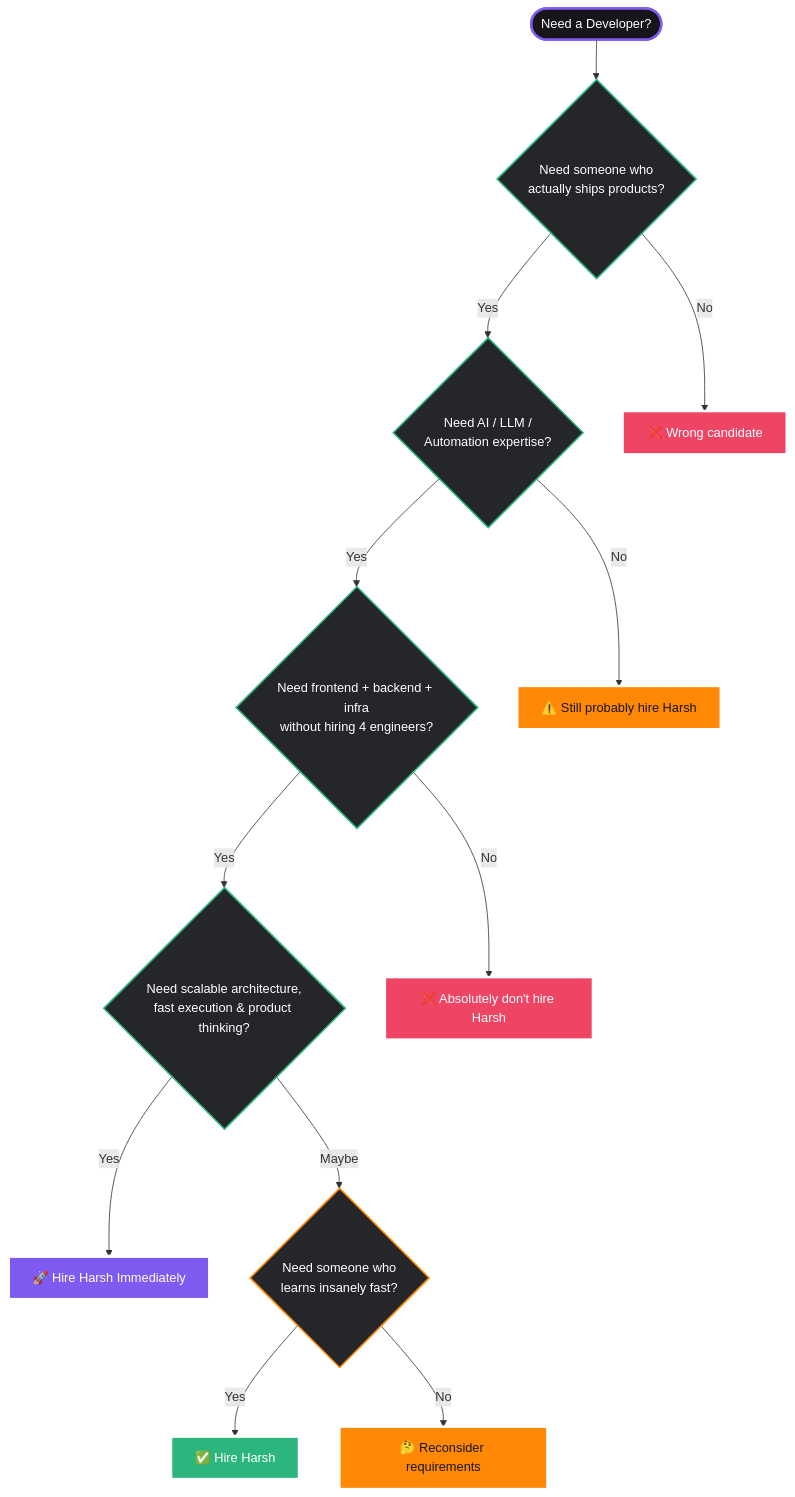
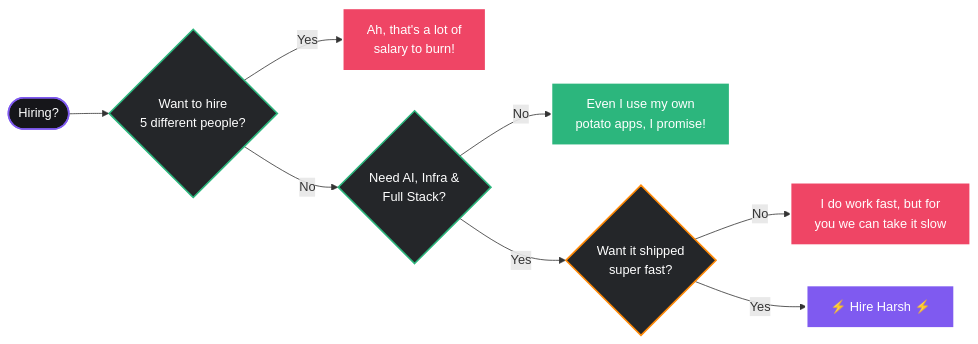
One commit to hashcodes7/hashcodes7 changed the diagram in README.md. Above: the diagram before and after it, drawn with Mermaid. The commit also changed other lines of this file and 2 other files, not shown here.

````diff
--- a/README.md
+++ b/README.md
@@ -109,35 +172,20 @@
 ```mermaid
-flowchart TD
+flowchart LR
 
-    A([Need a Developer?]) --> B{Need someone who<br/>actually ships products?}
+    A([Hiring?]) --> B{Want to hire<br/>5 different people?}
+    B -->|Yes| C[Ah, that's a lot of<br/>salary to burn!]
+    B -->|No| D{Need AI, Infra &<br/>Full Stack?}
+    D -->|No| E[Even I use my own<br/>potato apps, I promise!]
+    D -->|Yes| F{Want it shipped<br/>super fast?}
+    F -->|No| G[I do work fast, but for<br/>you we can take it slow]
+    F -->|Yes| H[⚡ Hire Harsh ⚡]
 
-    B -->|Yes| C{Need AI / LLM /<br/>Automation expertise?}
-    B -->|No| Z[❌ Wrong candidate]
-
-    C -->|Yes| D{Need frontend + backend + infra<br/>without hiring 4 engineers?}
-    C -->|No| Y[⚠️ Still probably hire Harsh]
-
-    D -->|Yes| E{Need scalable architecture,<br/>fast execution & product thinking?}
-    D -->|No| X[❌ Absolutely don't hire Harsh]
-
-    E -->|Yes| F[🚀 Hire Harsh Immediately]
-    E -->|Maybe| G{Need someone who<br/>learns insanely fast?}
-
-    G -->|Yes| H[✅ Hire Harsh]
-    G -->|No| W[🤔 Reconsider requirements]
-
-    style A fill:#16161A,color:#fff,stroke:#7F5AF0,stroke-width:3px
+    style A fill:#16161A,color:#fff,stroke:#7F5AF0,stroke-width:2px
     style B fill:#242629,color:#fff,stroke:#2CB67D,stroke-width:2px
-    style C fill:#242629,color:#fff,stroke:#2CB67D,stroke-width:2px
     style D fill:#242629,color:#fff,stroke:#2CB67D,stroke-width:2px
-    style E fill:#242629,color:#fff,stroke:#2CB67D,stroke-width:2px
-    style G fill:#242629,color:#fff,stroke:#FF8906,stroke-width:2px
-
-    style F fill:#7F5AF0,color:#fff,stroke:#fff,stroke-width:4px
-    style H fill:#2CB67D,color:#fff,stroke:#fff,stroke-width:4px
-
-    style X fill:#ef4565,color:#fff,stroke:#fff,stroke-width:3px
-    style Y fill:#FF8906,color:#16161A,stroke:#fff,stroke-width:3px
-    style Z fill:#ef4565,color:#fff,stroke:#fff,stroke-width:3px
-    style W fill:#FF8906,color:#16161A,stroke:#fff,stroke-width:3px
+    style F fill:#242629,color:#fff,stroke:#FF8906,stroke-width:2px
+    style H fill:#7F5AF0,color:#fff,stroke:#fff,stroke-width:3px
+    style C fill:#ef4565,color:#fff,stroke:#fff,stroke-width:2px
+    style E fill:#2CB67D,color:#fff,stroke:#fff,stroke-width:2px
+    style G fill:#ef4565,color:#fff,stroke:#fff,stroke-width:2px
 ```
````
